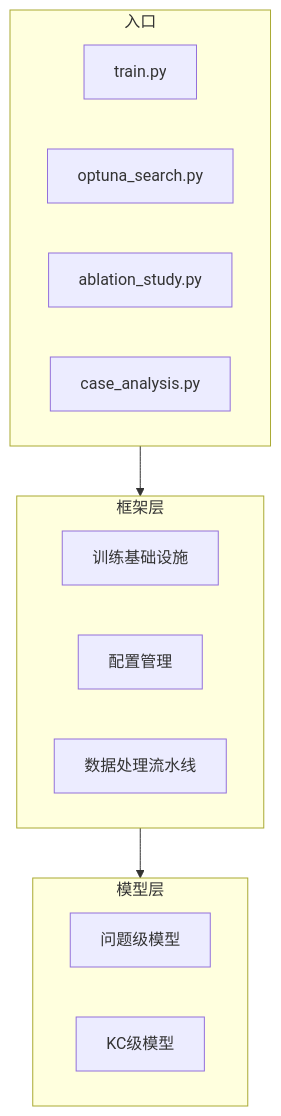
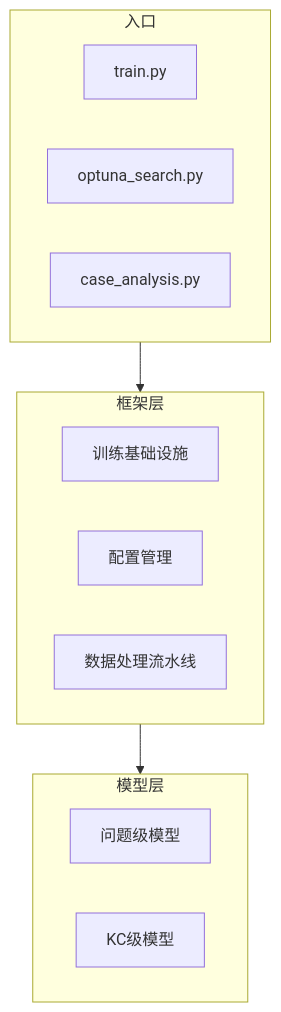
One commit to OUC-LuminaTrail/UniKT-dev changed the diagram in docs/source/getting-started/index.md. Above: the diagram before and after it, drawn with Mermaid. The commit also changed other lines of this file and 23 other files, not shown here.

First line of the commit message:
refactor: remove ablation study framework

````diff
--- a/docs/source/getting-started/index.md
+++ b/docs/source/getting-started/index.md
@@ -22,23 +22,22 @@
 ```{mermaid}
 graph TB
  subgraph Entry["入口"]
  E1[train.py]
  E2[optuna_search.py]
- E3[ablation_study.py]
  E4[case_analysis.py]
  end
 
  subgraph Framework["框架层"]
  F1[训练基础设施]
  F2[配置管理]
  F3[数据处理流水线]
  end
 
  subgraph Models["模型层"]
  M1[问题级模型]
  M2[KC级模型]
  end
 
  Entry --> Framework
  Framework --> Models
 ```
````
